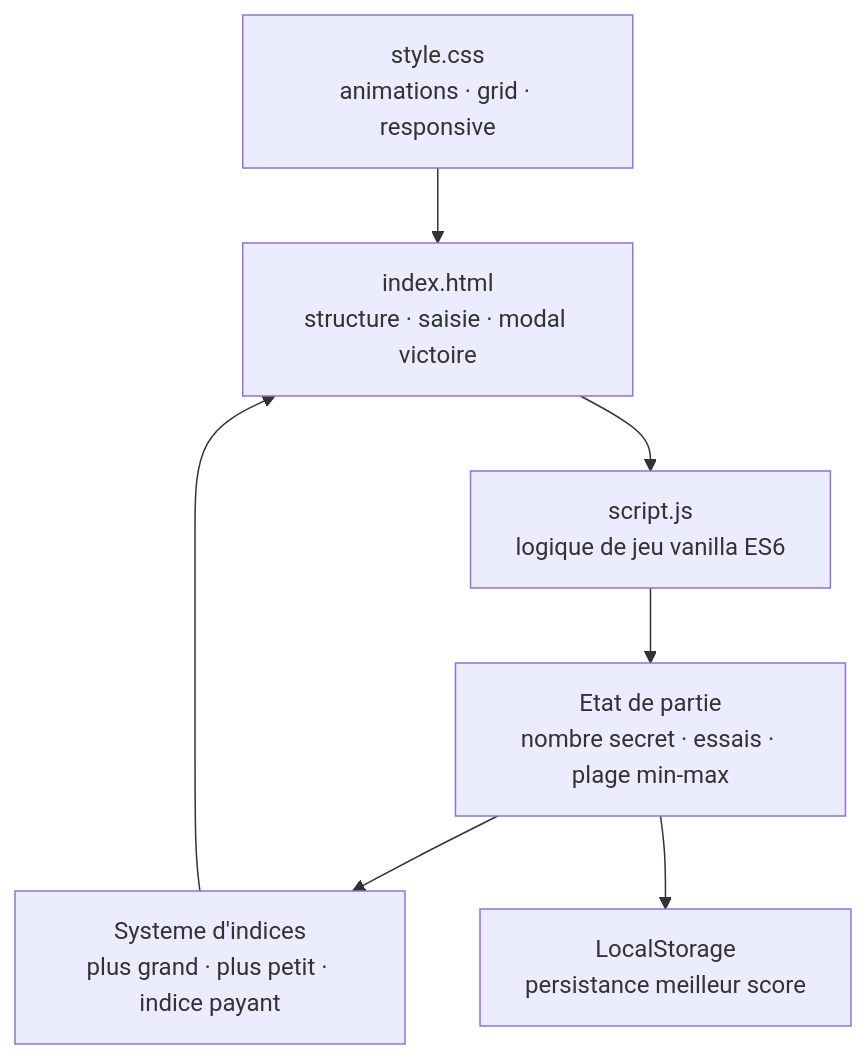
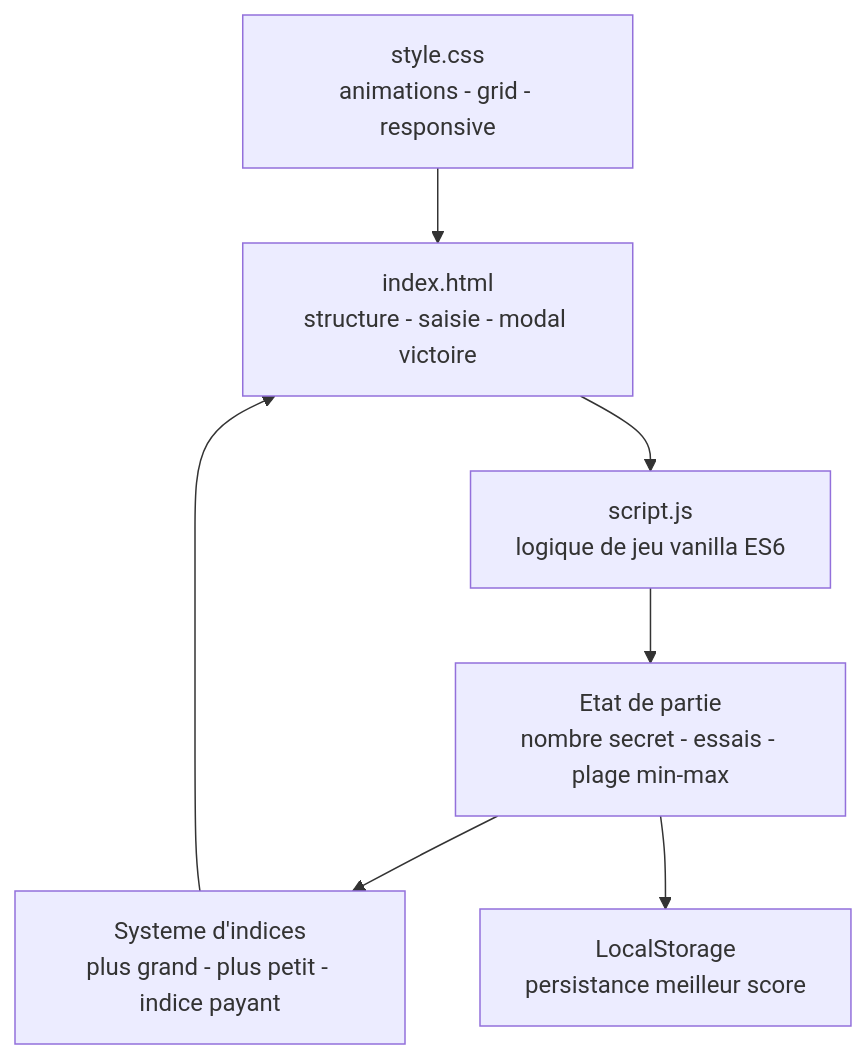
One commit to Adam-Blf/Guess-The-Number changed the diagram in README.md. Above: the diagram before and after it, drawn with Mermaid. The commit also changed other lines of this file, not shown here.

Commit message:
docs: typography pass, no em dash or middle dot (#1)

````diff
--- a/README.md
+++ b/README.md
@@ -22,15 +22,15 @@
 ```mermaid
 flowchart TB
-    A["index.html<br/>structure · saisie · modal victoire"]
-    B["style.css<br/>animations · grid · responsive"]
+    A["index.html<br/>structure - saisie - modal victoire"]
+    B["style.css<br/>animations - grid - responsive"]
     C["script.js<br/>logique de jeu vanilla ES6"]
-    D["Etat de partie<br/>nombre secret · essais · plage min-max"]
-    E["Systeme d'indices<br/>plus grand · plus petit · indice payant"]
+    D["Etat de partie<br/>nombre secret - essais - plage min-max"]
+    E["Systeme d'indices<br/>plus grand - plus petit - indice payant"]
     F["LocalStorage<br/>persistance meilleur score"]
     A --> C
     B --> A
     C --> D
     D --> E
     E --> A
     D --> F
 ```
````
